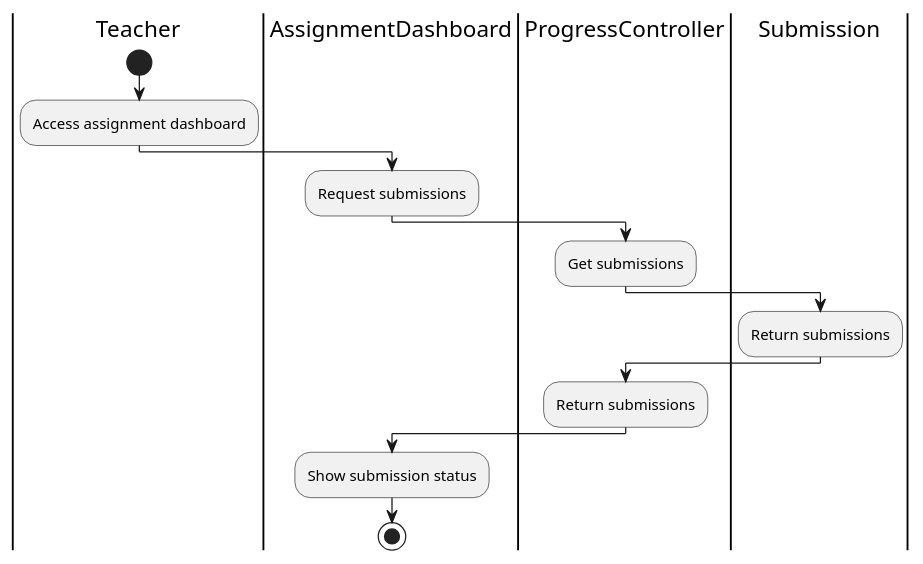
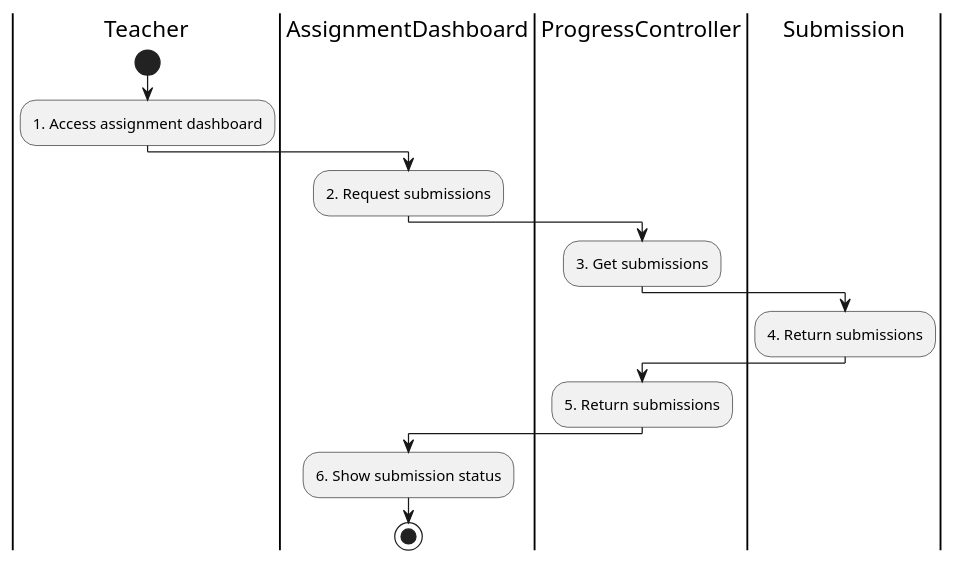
Before and after one commit to Huangphoux/uit-SE357_requirement: the diagram in docs/2. Diagrams/Activity diagram/18. ViewStudentSubmissions/ViewStudentSubmissions.pu, drawn with PlantUML. The commit also changed 85 other files, not shown here.

```diff
--- a/docs/2. Diagrams/Activity diagram/18. ViewStudentSubmissions/ViewStudentSubmissions.pu
+++ b/docs/2. Diagrams/Activity diagram/18. ViewStudentSubmissions/ViewStudentSubmissions.pu
@@ -1,16 +1,16 @@
 @startuml ViewStudentSubmissions
 |Teacher|
 start
-:Access assignment dashboard;
+:1. Access assignment dashboard;
 |AssignmentDashboard|
-:Request submissions;
+:2. Request submissions;
 |ProgressController|
-:Get submissions;
+:3. Get submissions;
 |Submission|
-:Return submissions;
+:4. Return submissions;
 |ProgressController|
-:Return submissions;
+:5. Return submissions;
 |AssignmentDashboard|
-:Show submission status;
+:6. Show submission status;
 stop
 @enduml
```
